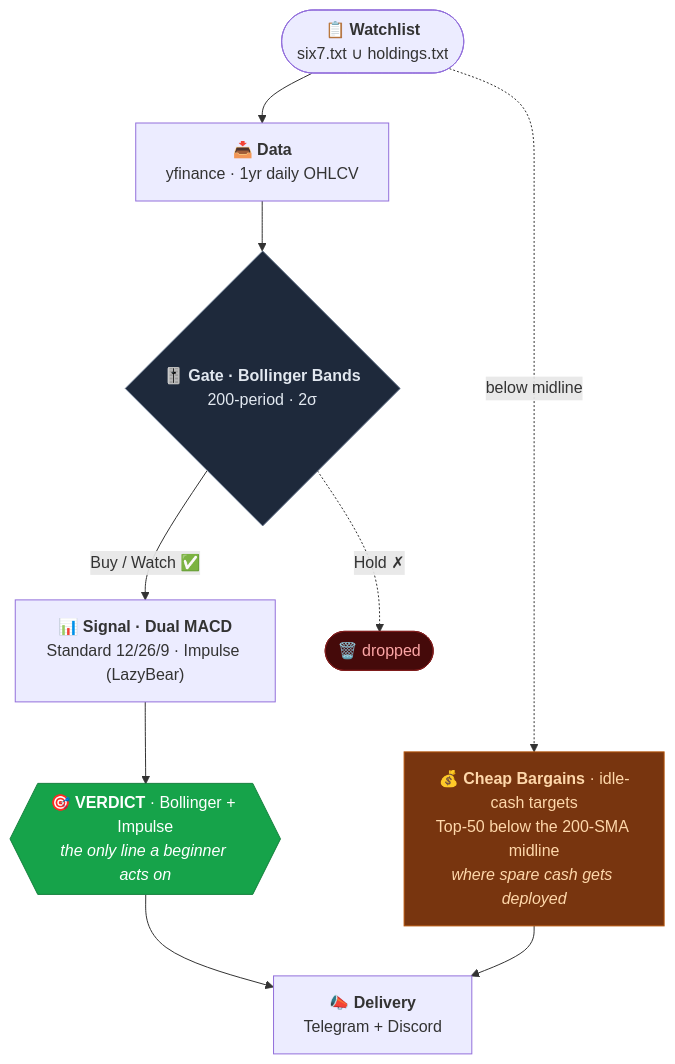
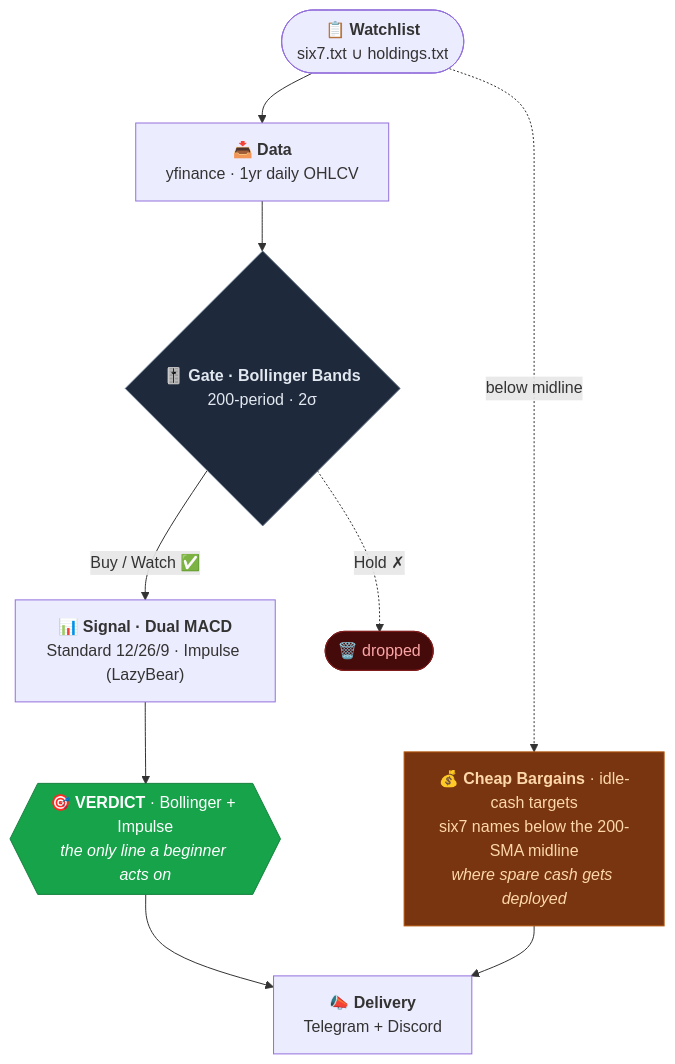
One commit to 0xCaretaker/Dip-Mafia changed the diagram in README.md. Above: the diagram before and after it, drawn with Mermaid. The commit also changed other lines of this file and 7 other files, not shown here.

````diff
--- a/README.md
+++ b/README.md
@@ -19,27 +19,27 @@
 ```mermaid
 flowchart TD
     A(["📋 <b>Watchlist</b><br/>six7.txt ∪ holdings.txt"])
     B["📥 <b>Data</b><br/>yfinance · 1yr daily OHLCV"]
     C{"🎚️ <b>Gate · Bollinger Bands</b><br/>200-period · 2σ"}
     D["📊 <b>Signal · Dual MACD</b><br/>Standard 12/26/9 · Impulse (LazyBear)"]
     V{{"🎯 <b>VERDICT</b> · Bollinger + Impulse<br/><i>the only line a beginner acts on</i>"}}
-    N["💰 <b>Cheap Bargains</b> · idle-cash targets<br/>Top-50 below the 200-SMA midline<br/><i>where spare cash gets deployed</i>"]
+    N["💰 <b>Cheap Bargains</b> · idle-cash targets<br/>six7 names below the 200-SMA midline<br/><i>where spare cash gets deployed</i>"]
     T["📣 <b>Delivery</b><br/>Telegram + Discord"]
     X(["🗑️ dropped"])
 
     A --> B --> C
     A -.->|"below midline"| N
     C -->|"Buy / Watch ✅"| D
     C -.->|"Hold ✗"| X
     D --> V --> T
     N --> T
 
     classDef gate fill:#1e293b,stroke:#64748b,color:#e2e8f0;
     classDef verdict fill:#16a34a,stroke:#15803d,color:#ffffff;
     classDef cash fill:#78350f,stroke:#b45309,color:#fed7aa;
     classDef drop fill:#450a0a,stroke:#7f1d1d,color:#fca5a5;
     class C gate;
     class V verdict;
     class N cash;
     class X drop;
 ```
````
